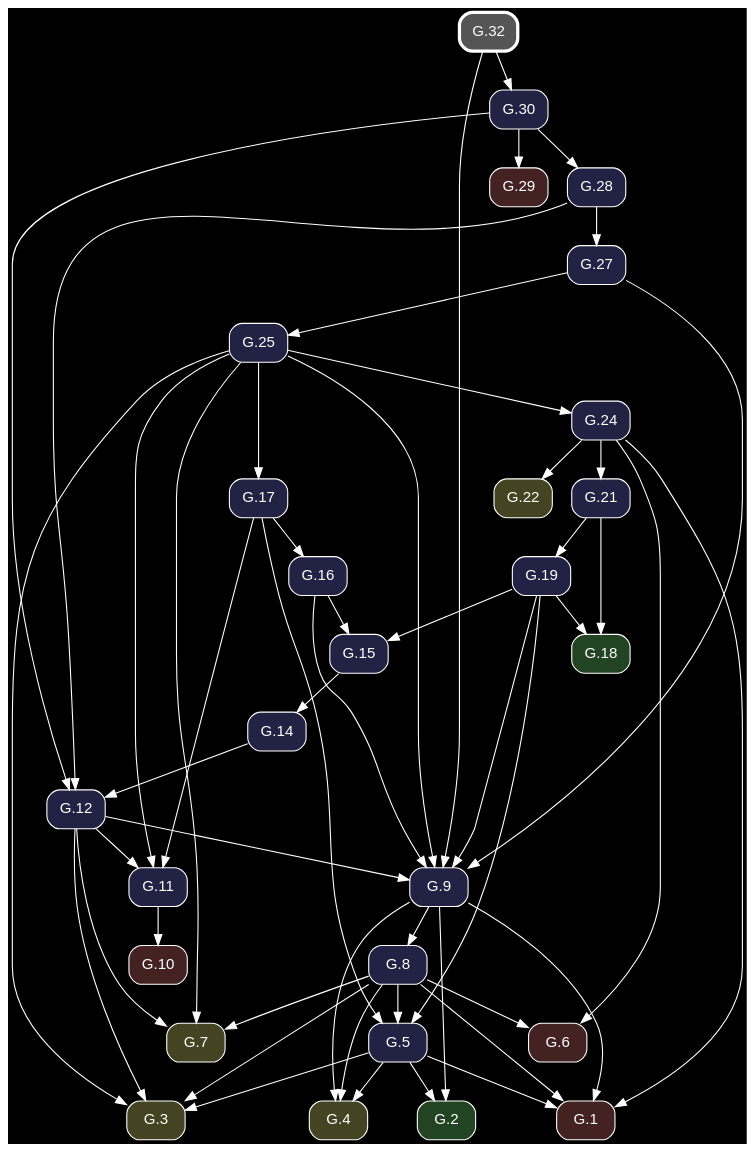
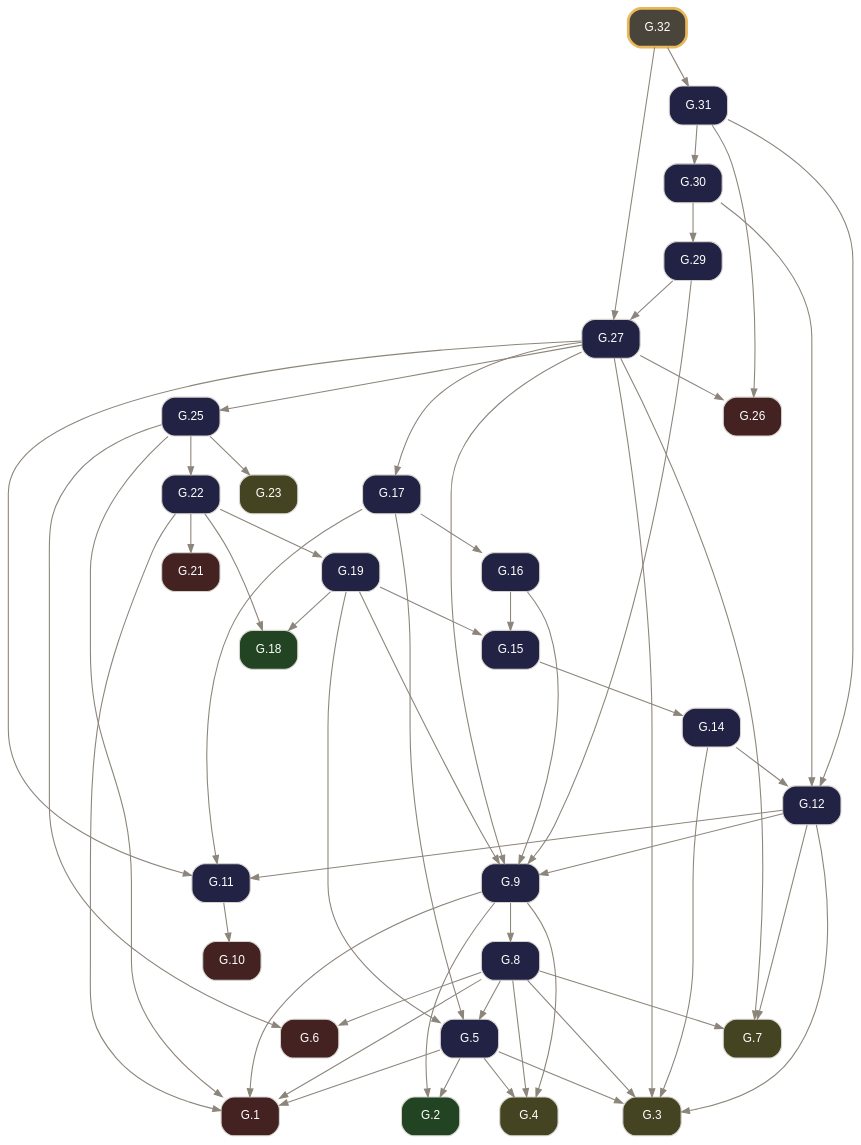
The diagram in docsrc/elements2/G.32/index.rst (geometor/elements), drawn with Graphviz before and after one commit. The commit also changed other lines of this file and 261 other files, not shown here.

Commit message:
feat: rebuild Elements 2.0 G-Index pipeline from composed Euclid Heath edition (v0.3.0)

```diff
--- a/docsrc/elements2/G.32/index.rst
+++ b/docsrc/elements2/G.32/index.rst
@@ -86,86 +99,91 @@
 .. graphviz::
 
    digraph {
-     bgcolor="black";
-     node [shape=box, style="rounded,filled", fontname="Helvetica", color="white", fontcolor="white"];
-     edge [color="white", fontcolor="white"];
+     bgcolor="transparent";
+     node [shape=box, style="rounded,filled", fontname="Helvetica", fontsize=11, color="#d6d3cd", fontcolor="#ffffff"];
+     edge [color="#8c857b", fontcolor="#8c857b", arrowsize=0.75];
      rankdir="TB";
-     "G.27" [label="G.27", fillcolor="#222244", URL="/elements2/G.27/", target="_top"];
-     "G.6" [label="G.6", fillcolor="#442222", URL="/elements2/G.6/", target="_top"];
-     "G.19" [label="G.19", fillcolor="#222244", URL="/elements2/G.19/", target="_top"];
-     "G.24" [label="G.24", fillcolor="#222244", URL="/elements2/G.24/", target="_top"];
-     "G.21" [label="G.21", fillcolor="#222244", URL="/elements2/G.21/", target="_top"];
-     "G.10" [label="G.10", fillcolor="#442222", URL="/elements2/G.10/", target="_top"];
-     "G.7" [label="G.7", fillcolor="#444422", URL="/elements2/G.7/", target="_top"];
-     "G.3" [label="G.3", fillcolor="#444422", URL="/elements2/G.3/", target="_top"];
-     "G.17" [label="G.17", fillcolor="#222244", URL="/elements2/G.17/", target="_top"];
-     "G.15" [label="G.15", fillcolor="#222244", URL="/elements2/G.15/", target="_top"];
-     "G.5" [label="G.5", fillcolor="#222244", URL="/elements2/G.5/", target="_top"];
-     "G.30" [label="G.30", fillcolor="#222244", URL="/elements2/G.30/", target="_top"];
-     "G.1" [label="G.1", fillcolor="#442222", URL="/elements2/G.1/", target="_top"];
-     "G.2" [label="G.2", fillcolor="#224422", URL="/elements2/G.2/", target="_top"];
-     "G.32" [label="G.32", penwidth=3, color="white", fillcolor="#555555", URL="/elements2/G.32/", target="_top"];
-     "G.12" [label="G.12", fillcolor="#222244", URL="/elements2/G.12/", target="_top"];
-     "G.22" [label="G.22", fillcolor="#444422", URL="/elements2/G.22/", target="_top"];
-     "G.14" [label="G.14", fillcolor="#222244", URL="/elements2/G.14/", target="_top"];
-     "G.28" [label="G.28", fillcolor="#222244", URL="/elements2/G.28/", target="_top"];
-     "G.8" [label="G.8", fillcolor="#222244", URL="/elements2/G.8/", target="_top"];
-     "G.9" [label="G.9", fillcolor="#222244", URL="/elements2/G.9/", target="_top"];
-     "G.25" [label="G.25", fillcolor="#222244", URL="/elements2/G.25/", target="_top"];
-     "G.18" [label="G.18", fillcolor="#224422", URL="/elements2/G.18/", target="_top"];
-     "G.29" [label="G.29", fillcolor="#442222", URL="/elements2/G.29/", target="_top"];
-     "G.11" [label="G.11", fillcolor="#222244", URL="/elements2/G.11/", target="_top"];
-     "G.4" [label="G.4", fillcolor="#444422", URL="/elements2/G.4/", target="_top"];
-     "G.16" [label="G.16", fillcolor="#222244", URL="/elements2/G.16/", target="_top"];
-     "G.28" -> "G.27";
-     "G.24" -> "G.6";
-     "G.8" -> "G.6";
-     "G.21" -> "G.19";
-     "G.25" -> "G.24";
-     "G.24" -> "G.21";
-     "G.11" -> "G.10";
-     "G.25" -> "G.7";
-     "G.8" -> "G.7";
-     "G.12" -> "G.7";
+     "G.1" [label="G.1", tooltip="G.1 (I.cn.1)", fillcolor="#442222", URL="../G.1/index.html", target="_top"];
+     "G.2" [label="G.2", tooltip="G.2 (I.def.15)", fillcolor="#224422", URL="../G.2/index.html", target="_top"];
+     "G.3" [label="G.3", tooltip="G.3 (I.post.1)", fillcolor="#444422", URL="../G.3/index.html", target="_top"];
+     "G.4" [label="G.4", tooltip="G.4 (I.post.3)", fillcolor="#444422", URL="../G.4/index.html", target="_top"];
+     "G.5" [label="G.5", tooltip="G.5 (I.1)", fillcolor="#222244", URL="../G.5/index.html", target="_top"];
+     "G.6" [label="G.6", tooltip="G.6 (I.cn.3)", fillcolor="#442222", URL="../G.6/index.html", target="_top"];
+     "G.7" [label="G.7", tooltip="G.7 (I.post.2)", fillcolor="#444422", URL="../G.7/index.html", target="_top"];
+     "G.8" [label="G.8", tooltip="G.8 (I.2)", fillcolor="#222244", URL="../G.8/index.html", target="_top"];
+     "G.9" [label="G.9", tooltip="G.9 (I.3)", fillcolor="#222244", URL="../G.9/index.html", target="_top"];
+     "G.10" [label="G.10", tooltip="G.10 (I.cn.4)", fillcolor="#442222", URL="../G.10/index.html", target="_top"];
+     "G.11" [label="G.11", tooltip="G.11 (I.4)", fillcolor="#222244", URL="../G.11/index.html", target="_top"];
+     "G.12" [label="G.12", tooltip="G.12 (I.5)", fillcolor="#222244", URL="../G.12/index.html", target="_top"];
+     "G.14" [label="G.14", tooltip="G.14 (I.7)", fillcolor="#222244", URL="../G.14/index.html", target="_top"];
+     "G.15" [label="G.15", tooltip="G.15 (I.8)", fillcolor="#222244", URL="../G.15/index.html", target="_top"];
+     "G.16" [label="G.16", tooltip="G.16 (I.9)", fillcolor="#222244", URL="../G.16/index.html", target="_top"];
+     "G.17" [label="G.17", tooltip="G.17 (I.10)", fillcolor="#222244", URL="../G.17/index.html", target="_top"];
+     "G.18" [label="G.18", tooltip="G.18 (I.def.10)", fillcolor="#224422", URL="../G.18/index.html", target="_top"];
+     "G.19" [label="G.19", tooltip="G.19 (I.11)", fillcolor="#222244", URL="../G.19/index.html", target="_top"];
+     "G.21" [label="G.21", tooltip="G.21 (I.cn.2)", fillcolor="#442222", URL="../G.21/index.html", target="_top"];
+     "G.22" [label="G.22", tooltip="G.22 (I.13)", fillcolor="#222244", URL="../G.22/index.html", target="_top"];
+     "G.23" [label="G.23", tooltip="G.23 (I.post.4)", fillcolor="#444422", URL="../G.23/index.html", target="_top"];
+     "G.25" [label="G.25", tooltip="G.25 (I.15)", fillcolor="#222244", URL="../G.25/index.html", target="_top"];
+     "G.26" [label="G.26", tooltip="G.26 (I.cn.5)", fillcolor="#442222", URL="../G.26/index.html", target="_top"];
+     "G.27" [label="G.27", tooltip="G.27 (I.16)", fillcolor="#222244", URL="../G.27/index.html", target="_top"];
+     "G.29" [label="G.29", tooltip="G.29 (I.18)", fillcolor="#222244", URL="../G.29/index.html", target="_top"];
+     "G.30" [label="G.30", tooltip="G.30 (I.19)", fillcolor="#222244", URL="../G.30/index.html", target="_top"];
+     "G.31" [label="G.31", tooltip="G.31 (I.20)", fillcolor="#222244", URL="../G.31/index.html", target="_top"];
+     "G.32" [label="G.32", tooltip="G.32 (I.21)", penwidth=2.5, color="#e8b85a", fillcolor="#4a453b", URL="index.html", target="_top"];
+     "G.5" -> "G.1";
+     "G.8" -> "G.1";
+     "G.9" -> "G.1";
+     "G.22" -> "G.1";
+     "G.25" -> "G.1";
+     "G.5" -> "G.2";
+     "G.9" -> "G.2";
      "G.5" -> "G.3";
-     "G.25" -> "G.3";
      "G.8" -> "G.3";
      "G.12" -> "G.3";
-     "G.25" -> "G.17";
-     "G.19" -> "G.15";
-     "G.16" -> "G.15";
-     "G.19" -> "G.5";
-     "G.8" -> "G.5";
-     "G.17" -> "G.5";
-     "G.32" -> "G.30";
-     "G.5" -> "G.1";
-     "G.24" -> "G.1";
-     "G.8" -> "G.1";
-     "G.9" -> "G.1";
-     "G.5" -> "G.2";
-     "G.9" -> "G.2";
-     "G.30" -> "G.12";
-     "G.28" -> "G.12";
-     "G.14" -> "G.12";
-     "G.24" -> "G.22";
-     "G.15" -> "G.14";
-     "G.30" -> "G.28";
-     "G.9" -> "G.8";
-     "G.19" -> "G.9";
-     "G.25" -> "G.9";
-     "G.16" -> "G.9";
-     "G.27" -> "G.9";
-     "G.32" -> "G.9";
-     "G.12" -> "G.9";
-     "G.27" -> "G.25";
-     "G.19" -> "G.18";
-     "G.21" -> "G.18";
-     "G.30" -> "G.29";
-     "G.25" -> "G.11";
-     "G.17" -> "G.11";
-     "G.12" -> "G.11";
+     "G.14" -> "G.3";
+     "G.27" -> "G.3";
      "G.5" -> "G.4";
      "G.8" -> "G.4";
      "G.9" -> "G.4";
+     "G.8" -> "G.5";
+     "G.17" -> "G.5";
+     "G.19" -> "G.5";
+     "G.8" -> "G.6";
+     "G.25" -> "G.6";
+     "G.8" -> "G.7";
+     "G.12" -> "G.7";
+     "G.27" -> "G.7";
+     "G.9" -> "G.8";
+     "G.12" -> "G.9";
+     "G.16" -> "G.9";
+     "G.19" -> "G.9";
+     "G.27" -> "G.9";
+     "G.29" -> "G.9";
+     "G.11" -> "G.10";
+     "G.12" -> "G.11";
+     "G.17" -> "G.11";
+     "G.27" -> "G.11";
+     "G.14" -> "G.12";
+     "G.30" -> "G.12";
+     "G.31" -> "G.12";
+     "G.15" -> "G.14";
+     "G.16" -> "G.15";
+     "G.19" -> "G.15";
      "G.17" -> "G.16";
+     "G.27" -> "G.17";
+     "G.19" -> "G.18";
+     "G.22" -> "G.18";
+     "G.22" -> "G.19";
+     "G.22" -> "G.21";
+     "G.25" -> "G.22";
+     "G.25" -> "G.23";
+     "G.27" -> "G.25";
+     "G.27" -> "G.26";
+     "G.31" -> "G.26";
+     "G.29" -> "G.27";
+     "G.32" -> "G.27";
+     "G.30" -> "G.29";
+     "G.31" -> "G.30";
+     "G.32" -> "G.31";
    }
```
